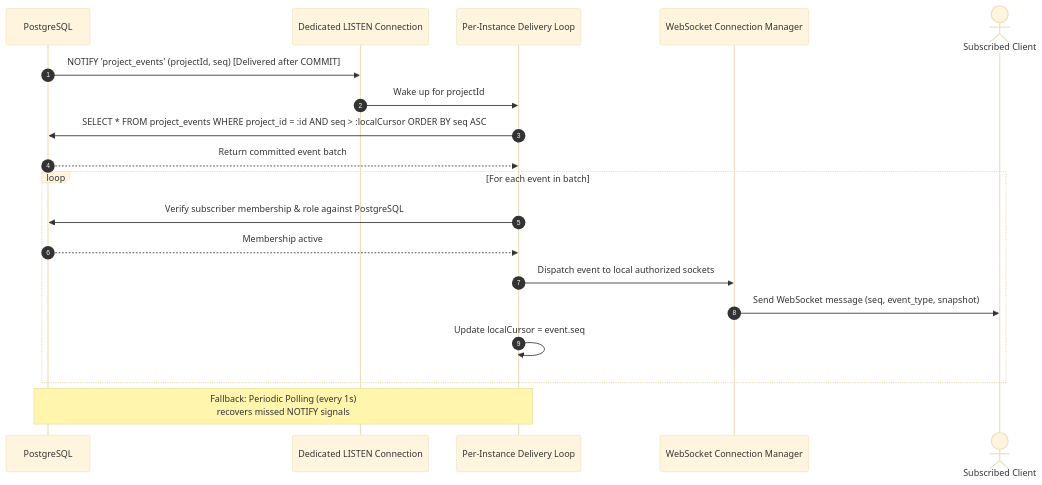
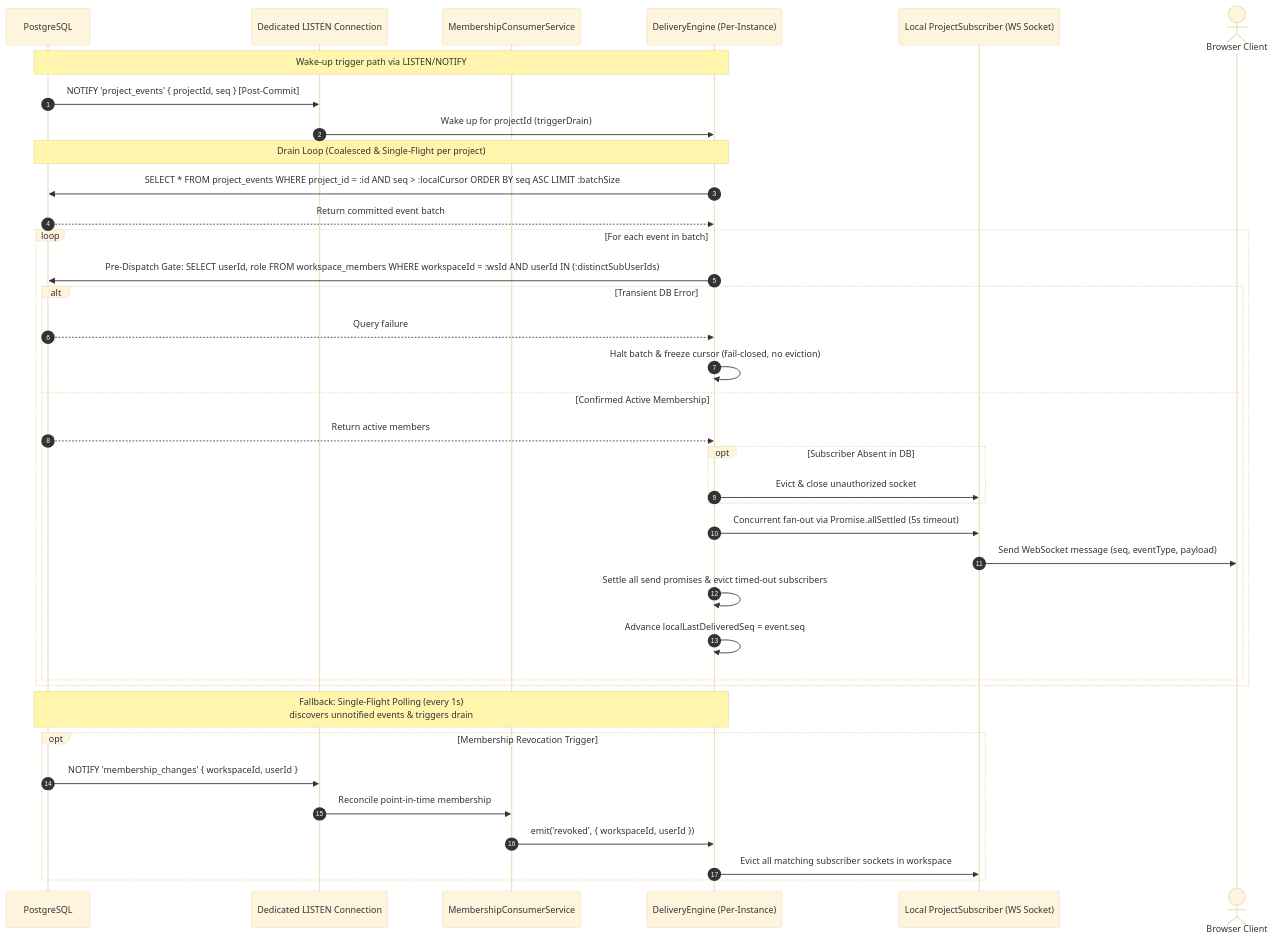
The third of 6 diagrams in docs/ARCHITECTURE.md (ssuryansh-in/SyncSpace), drawn with Mermaid (base theme) before and after one commit. The commit also changed other lines of this file and 5 other files, not shown here.

Commit message:
feat(realtime): add per-instance event delivery engine

````diff
--- a/docs/ARCHITECTURE.md
+++ b/docs/ARCHITECTURE.md
@@ -135,23 +147,43 @@
 ```mermaid
 sequenceDiagram
     autonumber
     participant DB as PostgreSQL
     participant Listener as Dedicated LISTEN Connection
-    participant Delivery as Per-Instance Delivery Loop
-    participant WSManager as WebSocket Connection Manager
-    actor Client as Subscribed Client
+    participant Consumer as MembershipConsumerService
+    participant Delivery as DeliveryEngine (Per-Instance)
+    participant Sub as Local ProjectSubscriber (WS Socket)
+    actor Client as Browser Client
 
-    DB->>Listener: NOTIFY 'project_events' (projectId, seq) [Delivered after COMMIT]
-    Listener->>Delivery: Wake up for projectId
-    Delivery->>DB: SELECT * FROM project_events WHERE project_id = :id AND seq > :localCursor ORDER BY seq ASC
+    Note over DB,Delivery: Wake-up trigger path via LISTEN/NOTIFY
+    DB->>Listener: NOTIFY 'project_events' { projectId, seq } [Post-Commit]
+    Listener->>Delivery: Wake up for projectId (triggerDrain)
+
+    Note over Delivery,DB: Drain Loop (Coalesced & Single-Flight per project)
+    Delivery->>DB: SELECT * FROM project_events WHERE project_id = :id AND seq > :localCursor ORDER BY seq ASC LIMIT :batchSize
     DB-->>Delivery: Return committed event batch
+
     loop For each event in batch
-        Delivery->>DB: Verify subscriber membership & role against PostgreSQL
-        DB-->>Delivery: Membership active
-        Delivery->>WSManager: Dispatch event to local authorized sockets
-        WSManager->>Client: Send WebSocket message (seq, event_type, snapshot)
-        Delivery->>Delivery: Update localCursor = event.seq
+        Delivery->>DB: Pre-Dispatch Gate: SELECT userId, role FROM workspace_members WHERE workspaceId = :wsId AND userId IN (:distinctSubUserIds)
+        alt Transient DB Error
+            DB-->>Delivery: Query failure
+            Delivery->>Delivery: Halt batch & freeze cursor (fail-closed, no eviction)
+        else Confirmed Active Membership
+            DB-->>Delivery: Return active members
+            opt Subscriber Absent in DB
+                Delivery->>Sub: Evict & close unauthorized socket
+            end
+            Delivery->>Sub: Concurrent fan-out via Promise.allSettled (5s timeout)
+            Sub->>Client: Send WebSocket message (seq, eventType, payload)
+            Delivery->>Delivery: Settle all send promises & evict timed-out subscribers
+            Delivery->>Delivery: Advance localLastDeliveredSeq = event.seq
+        end
     end
 
-    Note over Delivery,DB: Fallback: Periodic Polling (every 1s)<br/>recovers missed NOTIFY signals
+    Note over Delivery,DB: Fallback: Single-Flight Polling (every 1s)<br/>discovers unnotified events & triggers drain
+    opt Membership Revocation Trigger
+        DB->>Listener: NOTIFY 'membership_changes' { workspaceId, userId }
+        Listener->>Consumer: Reconcile point-in-time membership
+        Consumer->>Delivery: emit('revoked', { workspaceId, userId })
+        Delivery->>Sub: Evict all matching subscriber sockets in workspace
+    end
 ```
````
